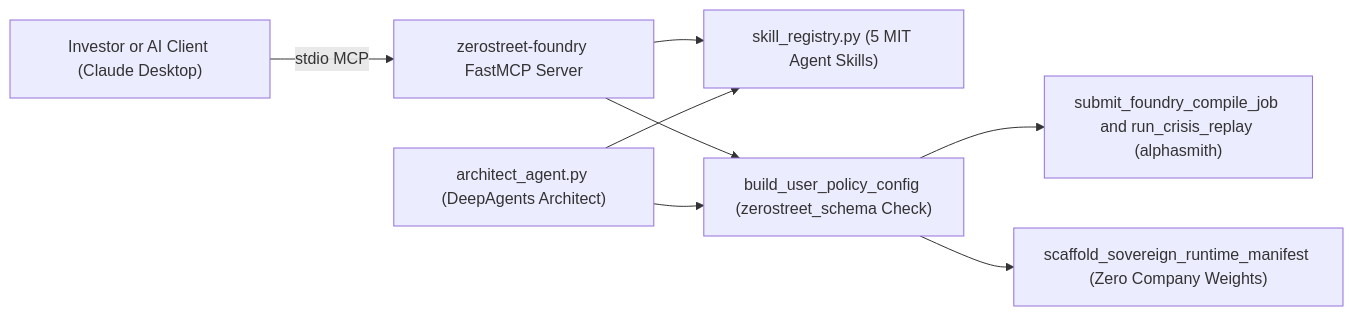
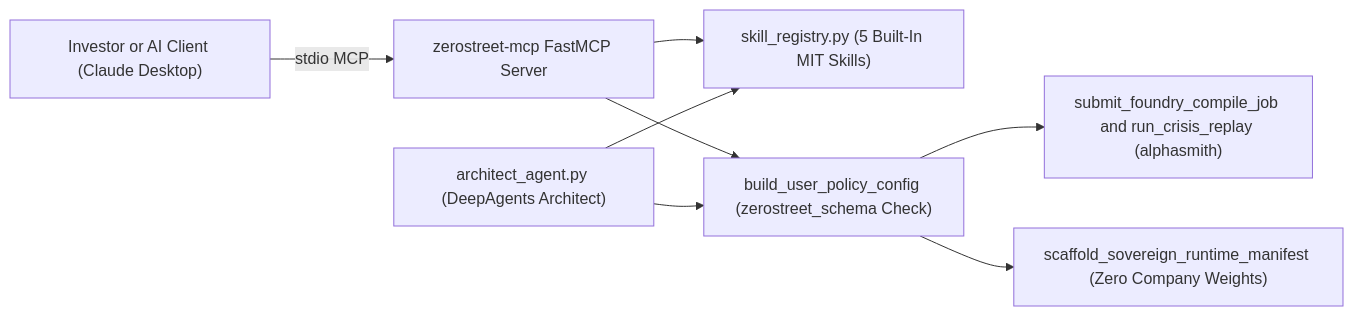
The diagram in README.en.md (zerostreet/zerostreet-mcp), drawn with Mermaid before and after one commit. The commit also changed other lines of this file and 22 other files, not shown here.

Commit message:
refactor: rename package and repository from zerostreet-skills to zerostreet-mcp

````diff
--- a/README.en.md
+++ b/README.en.md
@@ -25,10 +25,10 @@
 ```mermaid
 flowchart LR
-    USER["Investor or AI Client (Claude Desktop)"] -->|"stdio MCP"| MCP["zerostreet-foundry FastMCP Server"]
-    MCP --> SK["skill_registry.py (5 MIT Agent Skills)"]
+    USER["Investor or AI Client (Claude Desktop)"] -->|"stdio MCP"| MCP["zerostreet-mcp FastMCP Server"]
+    MCP --> SK["skill_registry.py (5 Built-In MIT Skills)"]
     MCP --> VAL["build_user_policy_config (zerostreet_schema Check)"]
     VAL --> FND["submit_foundry_compile_job and run_crisis_replay (alphasmith)"]
     VAL --> SCF["scaffold_sovereign_runtime_manifest (Zero Company Weights)"]
     ARCH["architect_agent.py (DeepAgents Architect)"] --> SK
     ARCH --> VAL
 ```
````
